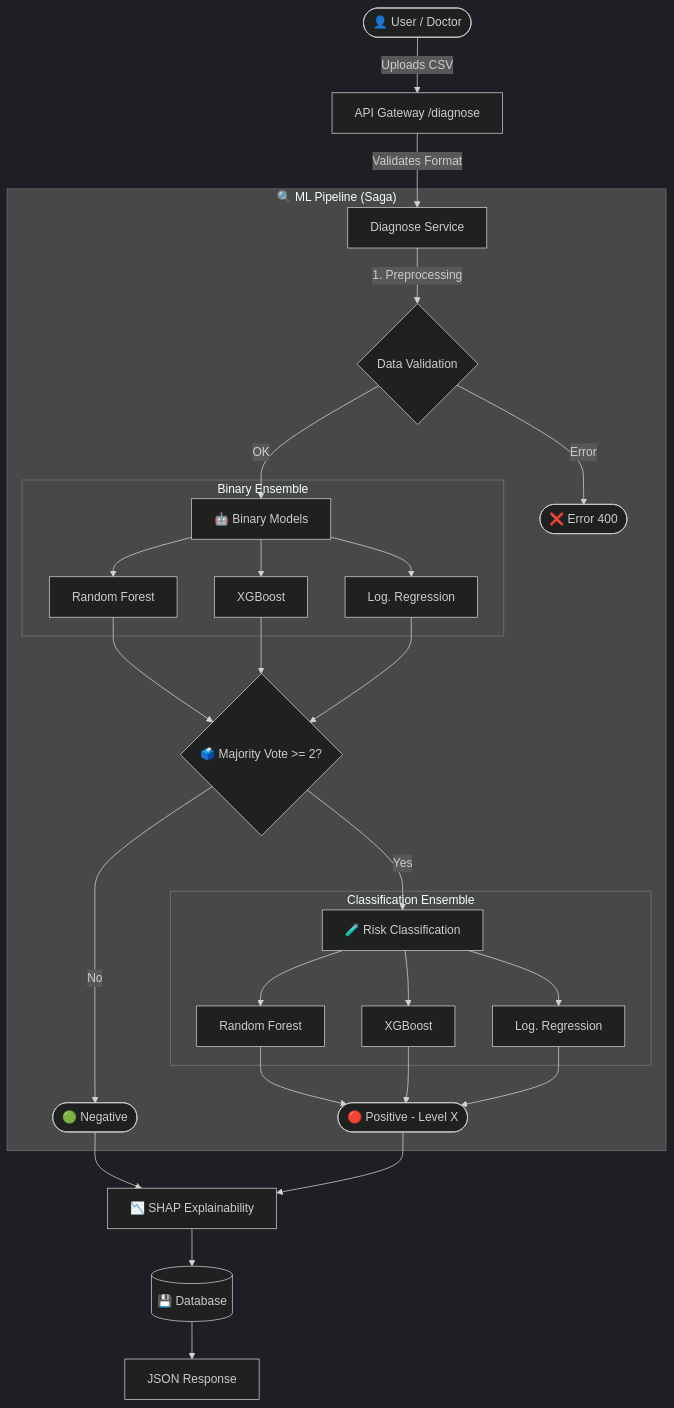
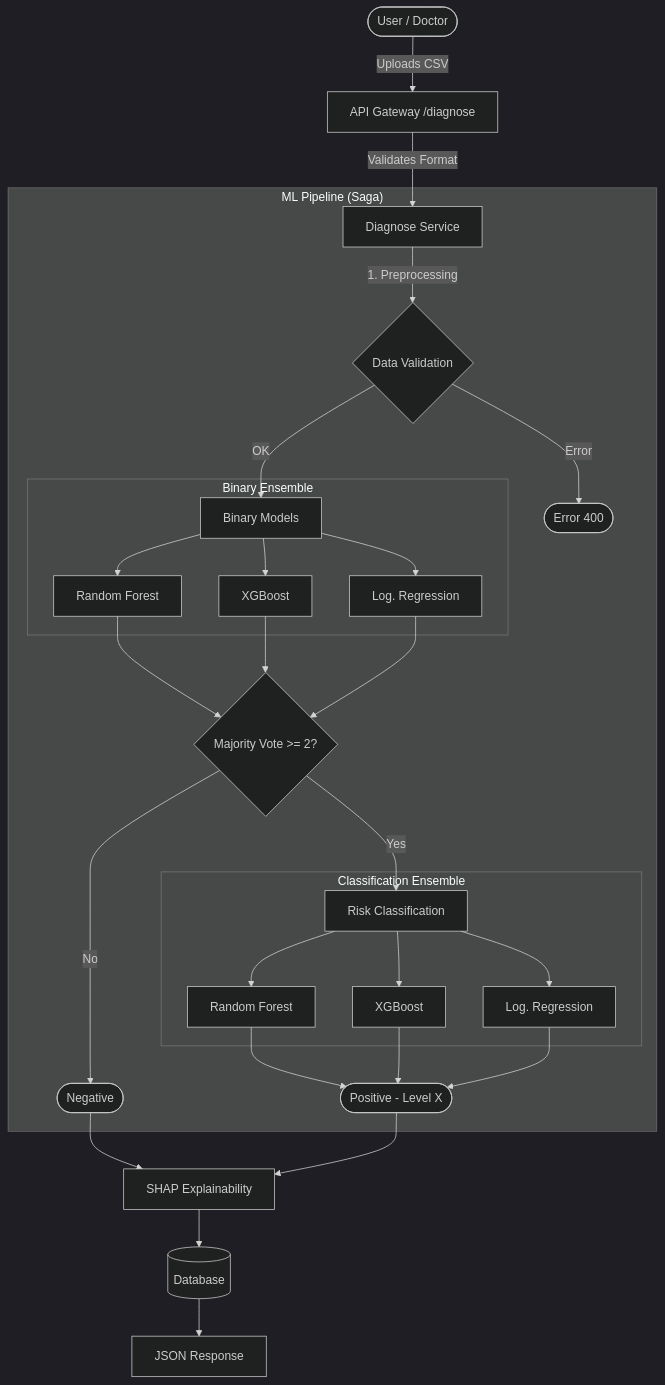
One commit to mirazopablo/miel-ia changed the diagram in README.md. Above: the diagram before and after it, drawn with Mermaid (dark theme). The commit also changed other lines of this file and 2 other files, not shown here.

````diff
--- a/README.md
+++ b/README.md
@@ -37,34 +37,34 @@
 ```mermaid
 graph TD
-    User([👤 User / Doctor]) -->|Uploads CSV| API[API Gateway /diagnose]
+    User([ User / Doctor]) -->|Uploads CSV| API[API Gateway /diagnose]
     API -->|Validates Format| Service[Diagnose Service]
 
-    subgraph "🔍 ML Pipeline (Saga)"
+    subgraph " ML Pipeline (Saga)"
         Service -->|1. Preprocessing| Val{Data Validation}
-        Val -->|OK| Bin[🤖 Binary Models]
-        Val -->|Error| Err([❌ Error 400])
+        Val -->|OK| Bin[ Binary Models]
+        Val -->|Error| Err([ Error 400])
 
         subgraph "Binary Ensemble"
             Bin --> RF1[Random Forest]
             Bin --> XGB1[XGBoost]
             Bin --> LR1[Log. Regression]
         end
 
-        RF1 & XGB1 & LR1 --> Vote{🗳️ Majority Vote >= 2?}
+        RF1 & XGB1 & LR1 --> Vote{Majority Vote >= 2?}
 
-        Vote -->|No| Neg([🟢 Negative])
-        Vote -->|Yes| Class[🧪 Risk Classification]
+        Vote -->|No| Neg([ Negative])
+        Vote -->|Yes| Class[ Risk Classification]
 
         subgraph "Classification Ensemble"
             Class --> RF2[Random Forest]
             Class --> XGB2[XGBoost]
             Class --> LR2[Log. Regression]
         end
 
-        RF2 & XGB2 & LR2 --> Level([🔴 Positive - Level X])
+        RF2 & XGB2 & LR2 --> Level([ Positive - Level X])
     end
 
-    Neg & Level --> SHAP[📉 SHAP Explainability]
-    SHAP --> DB[(💾 Database)]
+    Neg & Level --> SHAP[ SHAP Explainability]
+    SHAP --> DB[( Database)]
     DB --> JSON[JSON Response]
 ```
````
